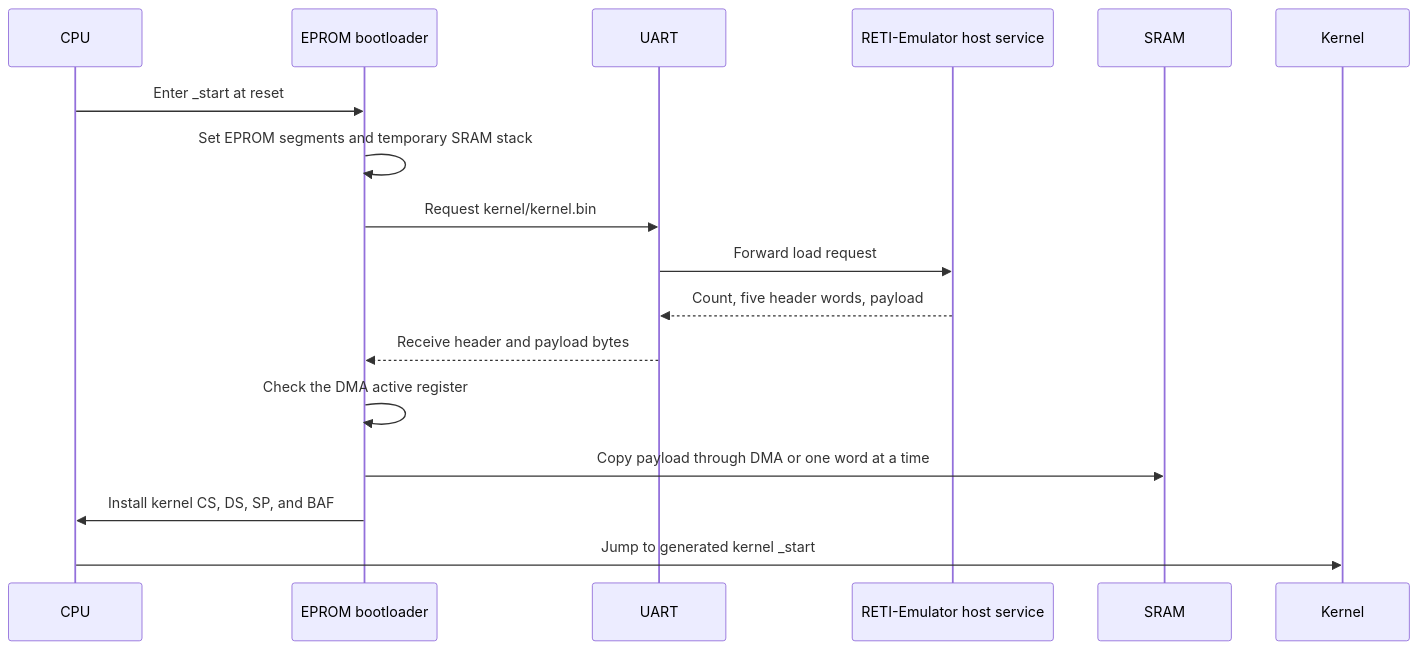
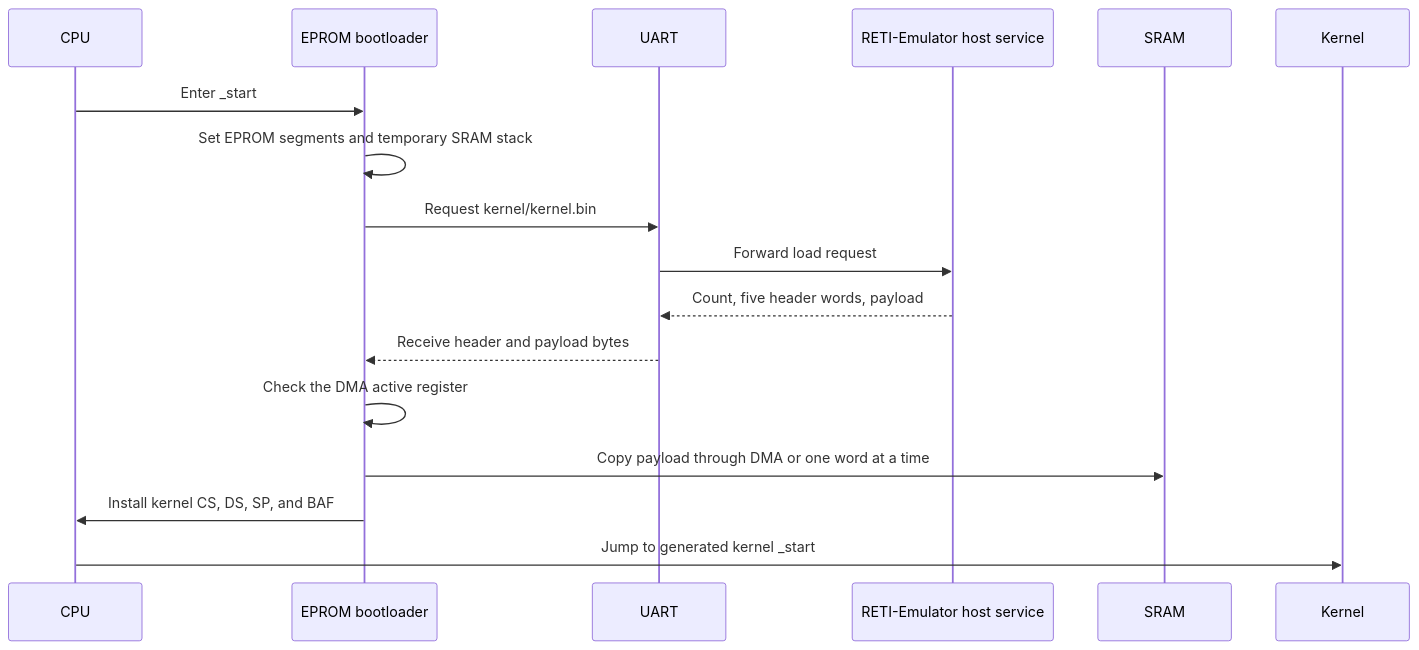
Before and after one commit to matthejue/Pico-OS: diagram 24 of 31 in README.md, drawn with Mermaid. The commit also changed other lines of this file, not shown here.

Commit message:
clarified where documented functions are called from, including system calls, interrupts, exceptions, bootloader jumps, and reset. Updated the function tables so their caller groups match the actual execution paths.

````diff
--- a/README.md
+++ b/README.md
@@ -3972,20 +3974,20 @@
 ```mermaid
 sequenceDiagram
     participant CPU
     participant EPROM as EPROM bootloader
     participant UART
     participant Host as RETI-Emulator host service
     participant SRAM
     participant Kernel
 
-    CPU->>EPROM: Enter _start at reset
+    CPU->>EPROM: Enter _start
     EPROM->>EPROM: Set EPROM segments and temporary SRAM stack
     EPROM->>UART: Request kernel/kernel.bin
     UART->>Host: Forward load request
     Host-->>UART: Count, five header words, payload
     UART-->>EPROM: Receive header and payload bytes
     EPROM->>EPROM: Check the DMA active register
     EPROM->>SRAM: Copy payload through DMA or one word at a time
     EPROM->>CPU: Install kernel CS, DS, SP, and BAF
     CPU->>Kernel: Jump to generated kernel _start
 ```
````
